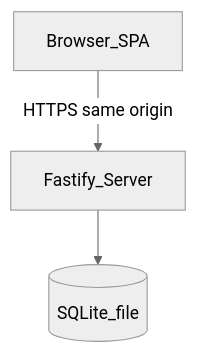
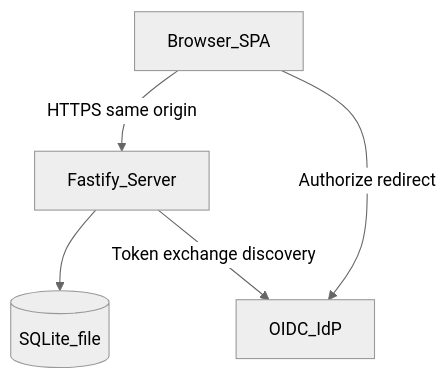
Before and after one commit to Xeiverse/Genesis-Lists: the diagram in docs/02-architecture.md, drawn with Mermaid (neutral theme). The commit also changed other lines of this file and 13 other files, not shown here.

````diff
--- a/docs/02-architecture.md
+++ b/docs/02-architecture.md
@@ -7,8 +7,11 @@
 ```mermaid
 flowchart TB
   Browser[Browser_SPA]
   Server[Fastify_Server]
   DB[(SQLite_file)]
+  IdP[OIDC_IdP]
   Browser -->|"HTTPS same origin"| Server
   Server --> DB
+  Browser -->|"Authorize redirect"| IdP
+  Server -->|"Token exchange discovery"| IdP
 ```
````
